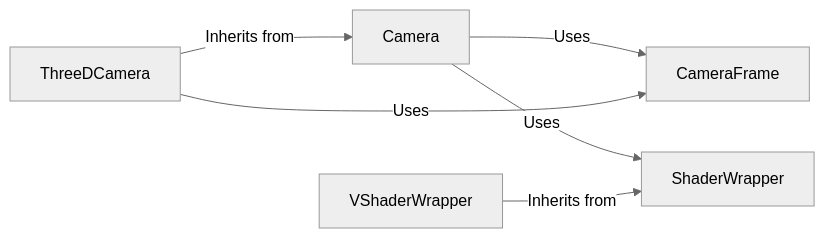
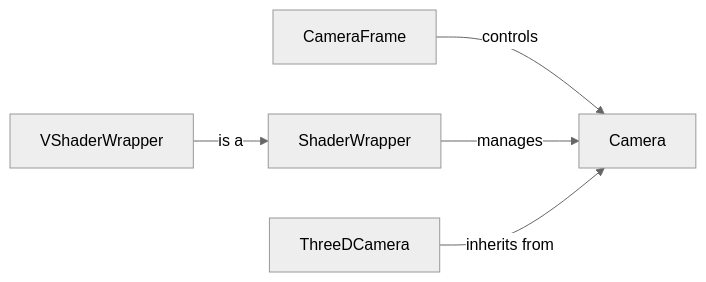
The diagram in manim/Camera and Rendering.md (CodeBoarding/GeneratedOnBoardings), drawn with Mermaid (neutral theme) before and after one commit. The commit also changed other lines of this file and 7 other files, not shown here.

````diff
--- a/manim/Camera and Rendering.md
+++ b/manim/Camera and Rendering.md
@@ -1,13 +1,12 @@
 ```mermaid
 graph LR
     Camera["Camera"]
     CameraFrame["CameraFrame"]
     ShaderWrapper["ShaderWrapper"]
     VShaderWrapper["VShaderWrapper"]
     ThreeDCamera["ThreeDCamera"]
-    Camera -- "Uses" --> CameraFrame
-    Camera -- "Uses" --> ShaderWrapper
-    VShaderWrapper -- "Inherits from" --> ShaderWrapper
-    ThreeDCamera -- "Inherits from" --> Camera
-    ThreeDCamera -- "Uses" --> CameraFrame
+    CameraFrame -- "controls" --> Camera
+    ShaderWrapper -- "manages" --> Camera
+    VShaderWrapper -- "is a" --> ShaderWrapper
+    ThreeDCamera -- "inherits from" --> Camera
 ```
````
